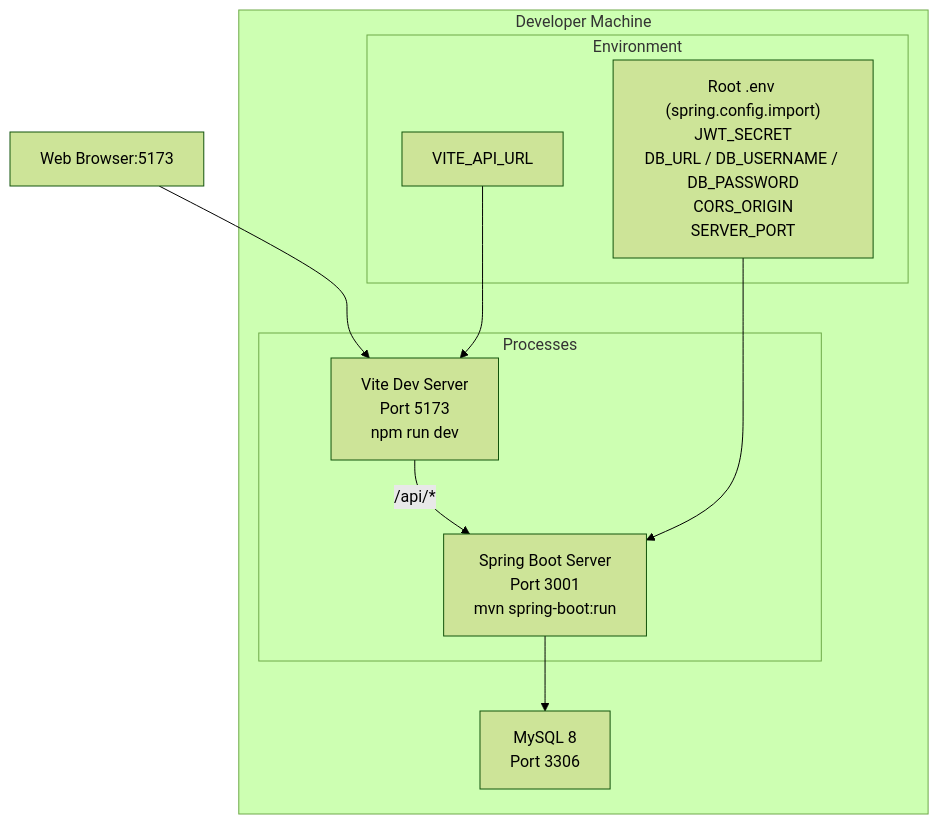
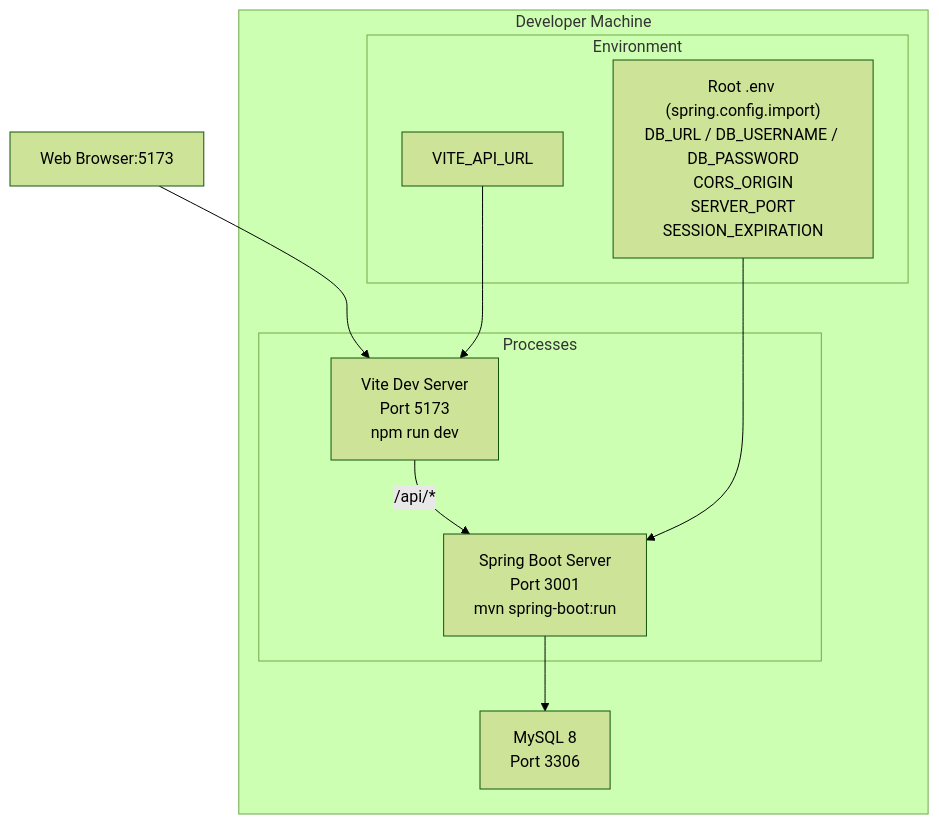
Diagram 19 of 24 in docs/SDD.md (nghiaxh/hr-management), drawn with Mermaid (forest theme) before and after one commit. The commit also changed other lines of this file and 6 other files, not shown here.

````diff
--- a/docs/SDD.md
+++ b/docs/SDD.md
@@ -1022,19 +1028,19 @@
 ```mermaid
 graph TB
     subgraph "Developer Machine"
         MYSQL["MySQL 8<br/>Port 3306"]
         subgraph "Processes"
             SRV["Spring Boot Server<br/>Port 3001<br/>mvn spring-boot:run"]
             CLT["Vite Dev Server<br/>Port 5173<br/>npm run dev"]
         end
         subgraph "Environment"
-            ENV["Root .env (spring.config.import)<br/>JWT_SECRET<br/>DB_URL / DB_USERNAME / DB_PASSWORD<br/>CORS_ORIGIN<br/>SERVER_PORT"]
+            ENV["Root .env (spring.config.import)<br/>DB_URL / DB_USERNAME / DB_PASSWORD<br/>CORS_ORIGIN<br/>SERVER_PORT<br/>SESSION_EXPIRATION"]
             CLT_ENV["VITE_API_URL"]
         end
     end
     BROWSER[Web Browser:5173] --> CLT
     CLT -->|/api/*| SRV
     SRV --> MYSQL
     ENV --> SRV
     CLT_ENV --> CLT
 ```
````
